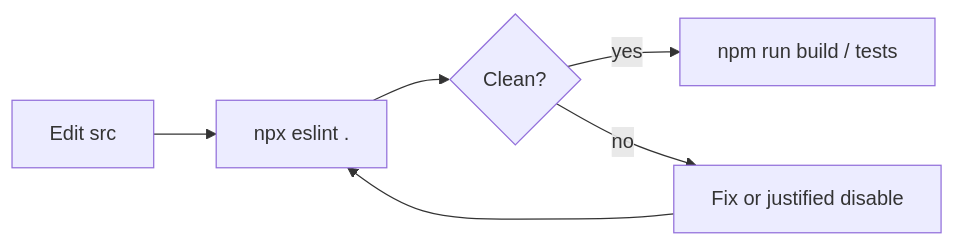
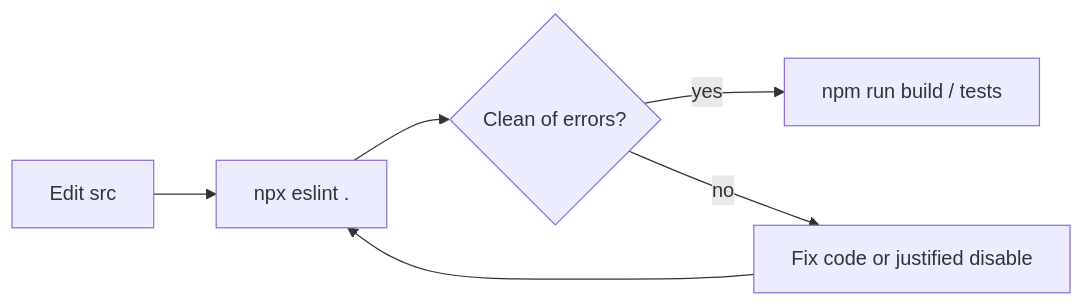
One commit to daledesilva/obsidian_ink changed the first of 2 diagrams in docs/eslint-obsidian-conventions.md. Above: the diagram before and after it, drawn with Mermaid. The commit also changed other lines of this file and 18 other files, not shown here.

````diff
--- a/docs/eslint-obsidian-conventions.md
+++ b/docs/eslint-obsidian-conventions.md
@@ -18,8 +18,8 @@
 ```mermaid
 flowchart LR
   edit[Edit src] --> lint["npx eslint ."]
-  lint --> pass{Clean?}
+  lint --> pass{Clean of errors?}
   pass -->|yes| build["npm run build / tests"]
-  pass -->|no| fix[Fix or justified disable]
+  pass -->|no| fix[Fix code or justified disable]
   fix --> lint
 ```
````
